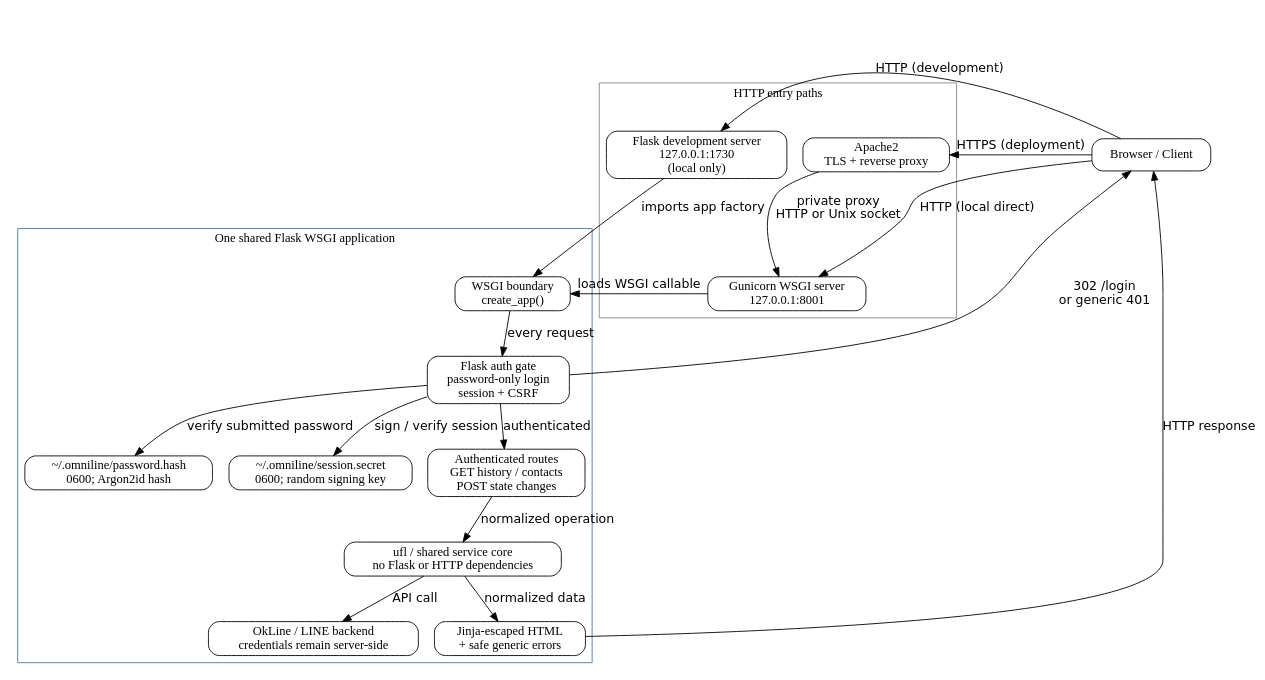
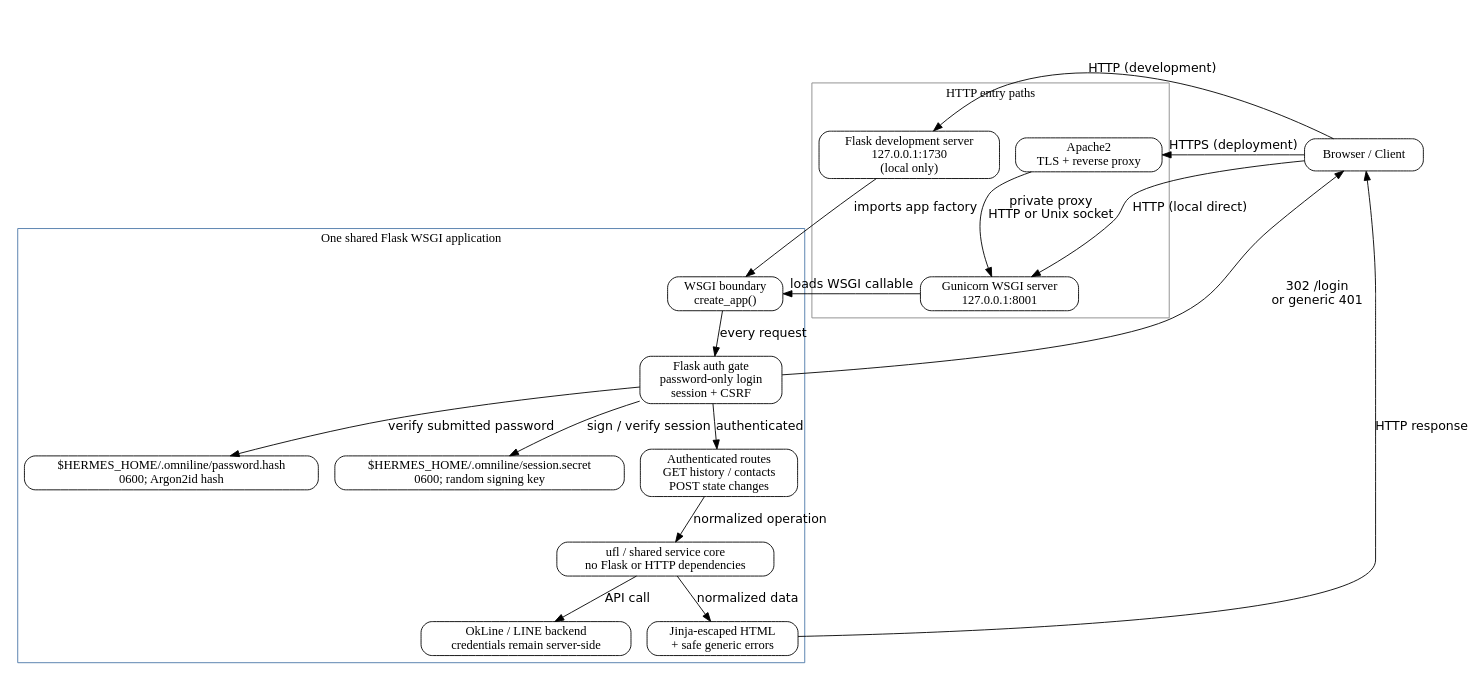
Before and after one commit to ckhung/OmniLine: the diagram in omniline-web.dot, drawn with Graphviz. The commit also changed 13 other files, not shown here.

```diff
--- a/omniline-web.dot
+++ b/omniline-web.dot
@@ -1,72 +1,72 @@
 
 // One Flask WSGI application is the security boundary for every deployment.
 // Apache may terminate TLS and proxy, but must not be a second authentication
 // implementation.  In particular, do not trust REMOTE_USER or an auth header
 // supplied by the client; the Flask layer checks the session itself.
 //
 // The user name is intentionally absent.  The login form contains only a
 // password.  The password verifier reads one Argon2id (or an equally strong
-// memory-hard) password hash from ~/.omniline/password.hash.  It never stores
+// memory-hard) password hash from $HERMES_HOME/.omniline/password.hash.  It never stores
 // or logs the clear-text password.  The file should be owned by the account
 // running the app and have mode 0600.
 //
 // A successful check creates a signed, HttpOnly, Secure (when HTTPS is used),
 // SameSite=Lax session cookie.  The signing key is a separate random secret
-// in ~/.omniline/session.secret; the password hash is not suitable for this.
+// in $HERMES_HOME/.omniline/session.secret; the password hash is not suitable for this.
 // All state-changing POSTs also require CSRF protection.  Failed logins get a
 // generic response and should be rate-limited at the deployment boundary.
 //
 // Route processing:
 //   request -> WSGI app -> session/auth check -> route -> ufl/core -> OkLine
 //   -> escaped HTML response (or redirect to /login)
 //
 // The browser's three possible paths converge at the same Flask app and hence
 // at the same authentication code.  The development server is for local
 // development only; Gunicorn is the normal application server; Apache2 is an
 // optional public-facing TLS/reverse-proxy layer in front of Gunicorn.
 digraph FlaskArchitecture {
     rankdir=TB;
     compound=true;
     node [shape=box, style="rounded"];
     edge [fontname="DejaVu Sans"];
 
     Browser [label="Browser / Client"];
 
     subgraph cluster_entrypoints {
         label="HTTP entry paths";
         color="#888888";
         Apache [label="Apache2\nTLS + reverse proxy"];
         Dev [label="Flask development server\n127.0.0.1:1730\n(local only)"];
         Gunicorn [label="Gunicorn WSGI server\n127.0.0.1:8001"];
     }
 
     subgraph cluster_application {
         label="One shared Flask WSGI application";
         color="#4C78A8";
         WSGI [label="WSGI boundary\ncreate_app()"];
         Auth [label="Flask auth gate\npassword-only login\nsession + CSRF"];
-        Hash [label="~/.omniline/password.hash\n0600; Argon2id hash"];
-        Secret [label="~/.omniline/session.secret\n0600; random signing key"];
+        Hash [label="$HERMES_HOME/.omniline/password.hash\n0600; Argon2id hash"];
+        Secret [label="$HERMES_HOME/.omniline/session.secret\n0600; random signing key"];
         Routes [label="Authenticated routes\nGET history / contacts\nPOST state changes"];
         Core [label="ufl / shared service core\nno Flask or HTTP dependencies"];
         OkLine [label="OkLine / LINE backend\ncredentials remain server-side"];
         Response [label="Jinja-escaped HTML\n+ safe generic errors"];
     }
 
     Browser -> Apache [label="HTTPS (deployment)"];
     Browser -> Dev [label="HTTP (development)"];
     Browser -> Gunicorn [label="HTTP (local direct)"];
     Apache -> Gunicorn [label="private proxy\nHTTP or Unix socket"];
 
     Dev -> WSGI [label="imports app factory"];
     Gunicorn -> WSGI [label="loads WSGI callable"];
     WSGI -> Auth [label="every request"];
     Auth -> Hash [label="verify submitted password"];
     Auth -> Secret [label="sign / verify session"];
     Auth -> Routes [label="authenticated"];
     Auth -> Browser [label="302 /login\nor generic 401"];
     Routes -> Core [label="normalized operation"];
     Core -> OkLine [label="API call"];
     Core -> Response [label="normalized data"];
     Response -> Browser [label="HTTP response"];
 }
```
